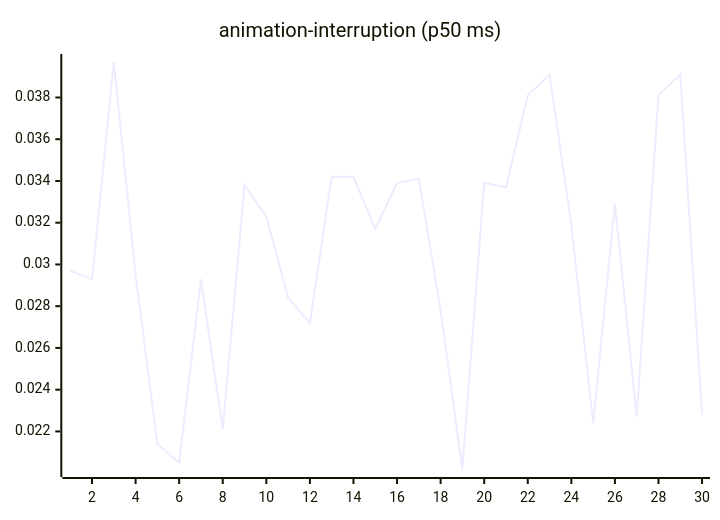
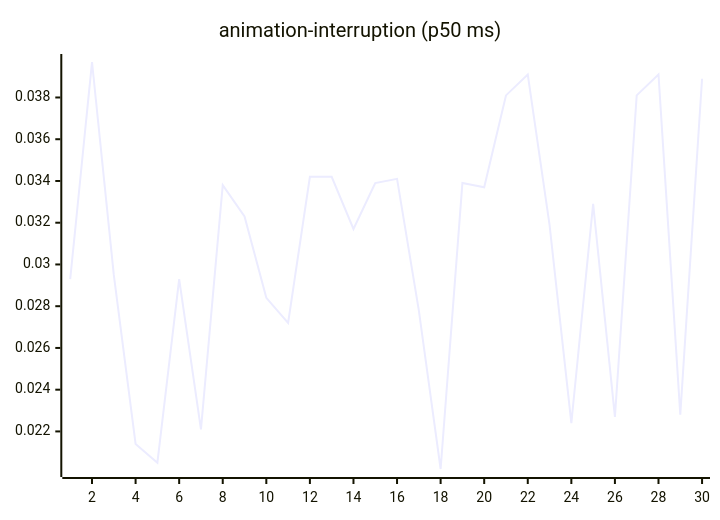
One commit to josha/Facet changed the third of 27 diagrams in README.md. Above: the diagram before and after it, drawn with Mermaid. The commit also changed other lines of this file and 2 other files, not shown here.

````diff
--- a/README.md
+++ b/README.md
@@ -77,6 +77,6 @@
 ```mermaid
 xychart-beta
     title "animation-interruption (p50 ms)"
     x-axis 1 --> 30
-    line [0.0297, 0.0293, 0.0397, 0.0295, 0.0214, 0.0205, 0.0293, 0.0221, 0.0338, 0.0323, 0.0284, 0.0272, 0.0342, 0.0342, 0.0317, 0.0339, 0.0341, 0.0278, 0.0202, 0.0339, 0.0337, 0.0381, 0.0391, 0.0319, 0.0224, 0.0329, 0.0227, 0.0381, 0.0391, 0.0228]
+    line [0.0293, 0.0397, 0.0295, 0.0214, 0.0205, 0.0293, 0.0221, 0.0338, 0.0323, 0.0284, 0.0272, 0.0342, 0.0342, 0.0317, 0.0339, 0.0341, 0.0278, 0.0202, 0.0339, 0.0337, 0.0381, 0.0391, 0.0319, 0.0224, 0.0329, 0.0227, 0.0381, 0.0391, 0.0228, 0.0389]
 ```
````
